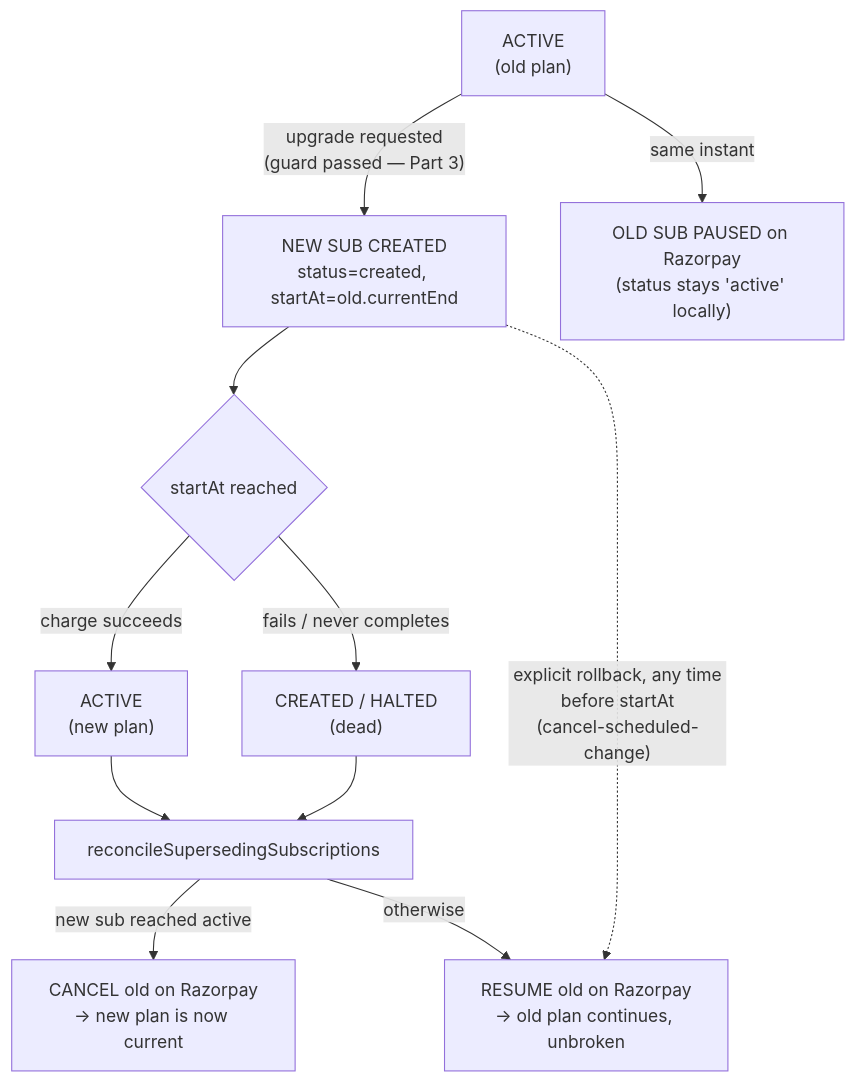
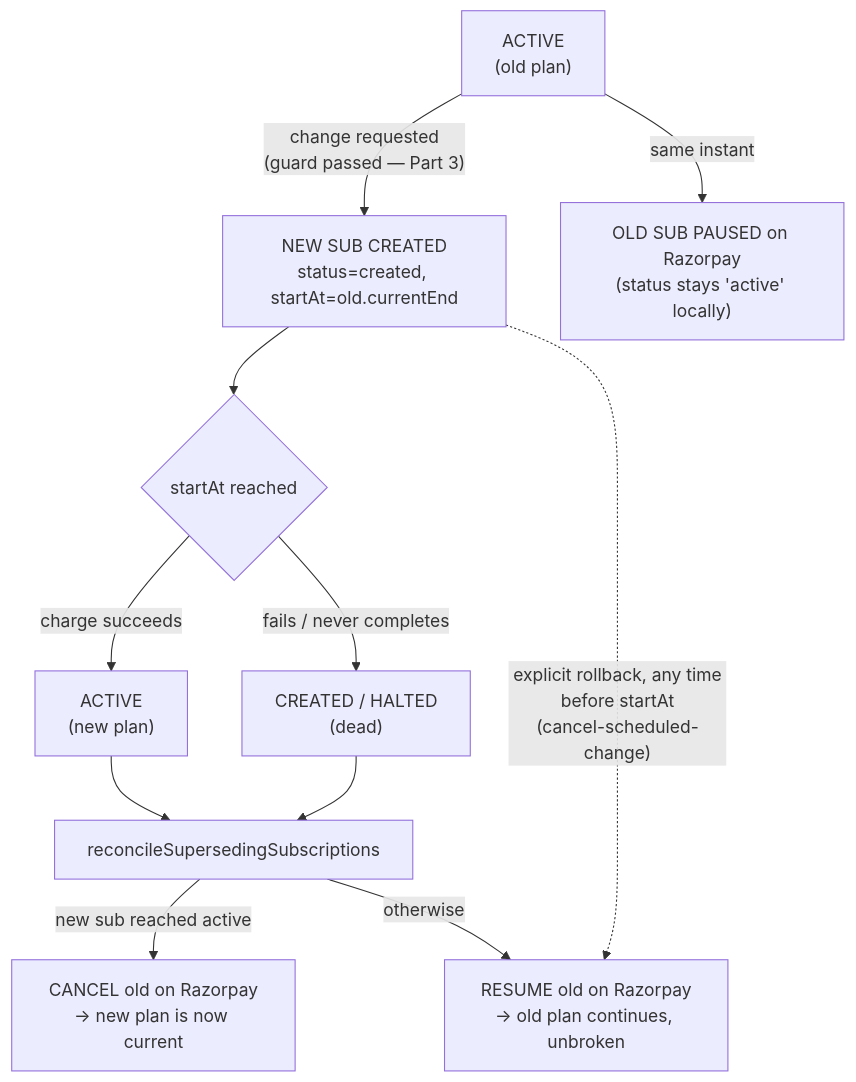
The second of 4 diagrams in documents/payments/subscription-reconciliation.md (rahulsingh2k10/WealthVault), drawn with Mermaid before and after one commit. The commit also changed other lines of this file and 17 other files, not shown here.

````diff
--- a/documents/payments/subscription-reconciliation.md
+++ b/documents/payments/subscription-reconciliation.md
@@ -135,13 +171,13 @@
 ```mermaid
 flowchart TD
-    A["ACTIVE\n(old plan)"] -->|"upgrade requested\n(guard passed — Part 3)"| B["NEW SUB CREATED\nstatus=created, startAt=old.currentEnd"]
+    A["ACTIVE\n(old plan)"] -->|"change requested\n(guard passed — Part 3)"| B["NEW SUB CREATED\nstatus=created, startAt=old.currentEnd"]
     A -->|"same instant"| C["OLD SUB PAUSED on Razorpay\n(status stays 'active' locally)"]
     B --> D{"startAt reached"}
     D -->|"charge succeeds"| E["ACTIVE\n(new plan)"]
     D -->|"fails / never completes"| F["CREATED / HALTED\n(dead)"]
     E --> G["reconcileSupersedingSubscriptions"]
     F --> G
     G -->|"new sub reached active"| H["CANCEL old on Razorpay\n→ new plan is now current"]
     G -->|"otherwise"| I["RESUME old on Razorpay\n→ old plan continues, unbroken"]
     B -.->|"explicit rollback, any time\nbefore startAt\n(cancel-scheduled-change)"| I
 ```
````
